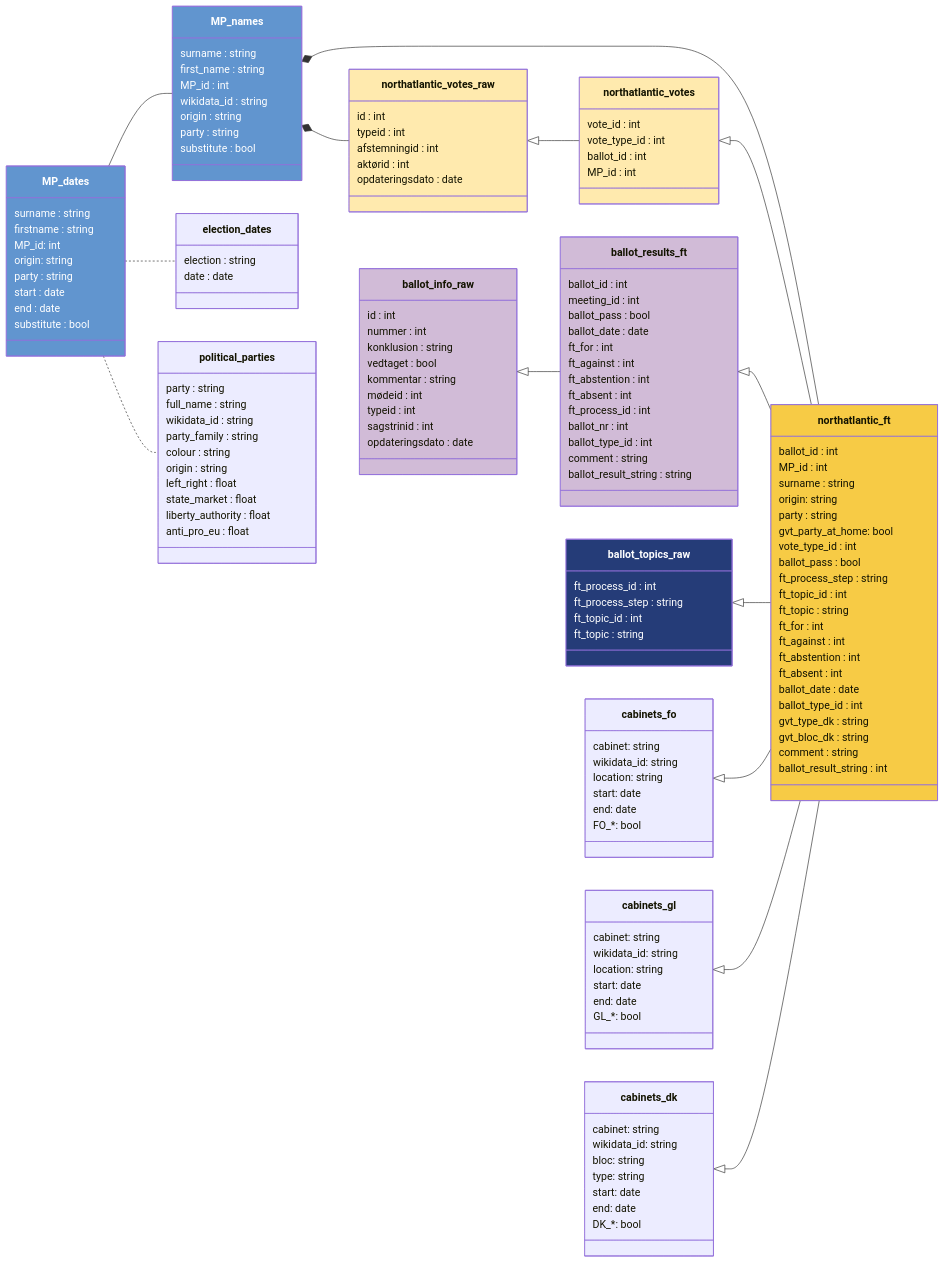
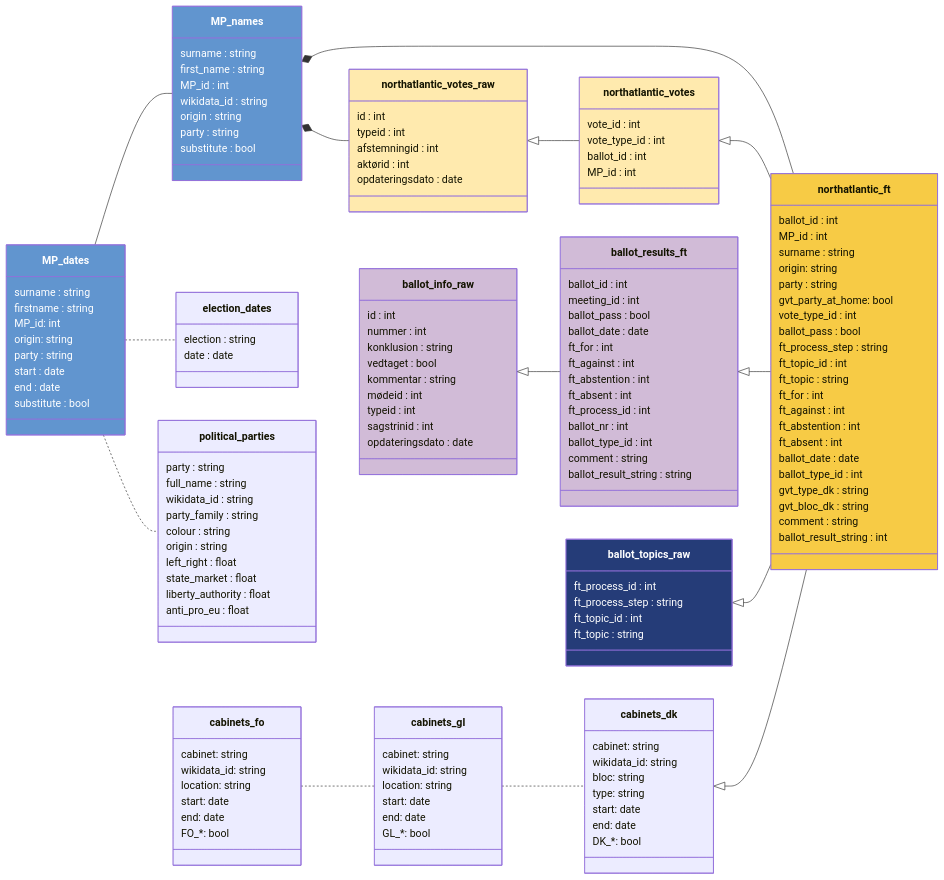
The diagram in docs/codebook.qmd (mtwente/nordatlantisk-ft), drawn with Mermaid before and after one commit.

Commit message:
refactor: re-align mermaid chart

```diff
--- a/docs/codebook.qmd
+++ b/docs/codebook.qmd
@@ -167,8 +167,8 @@
 
     ballot_info_raw <|-- ballot_results_ft
 
-    cabinets_fo <|-- northatlantic_ft
-    cabinets_gl <|-- northatlantic_ft
+    cabinets_fo .. cabinets_gl
+    cabinets_gl .. cabinets_dk
     cabinets_dk <|-- northatlantic_ft
 
     class northatlantic_ft {
```
